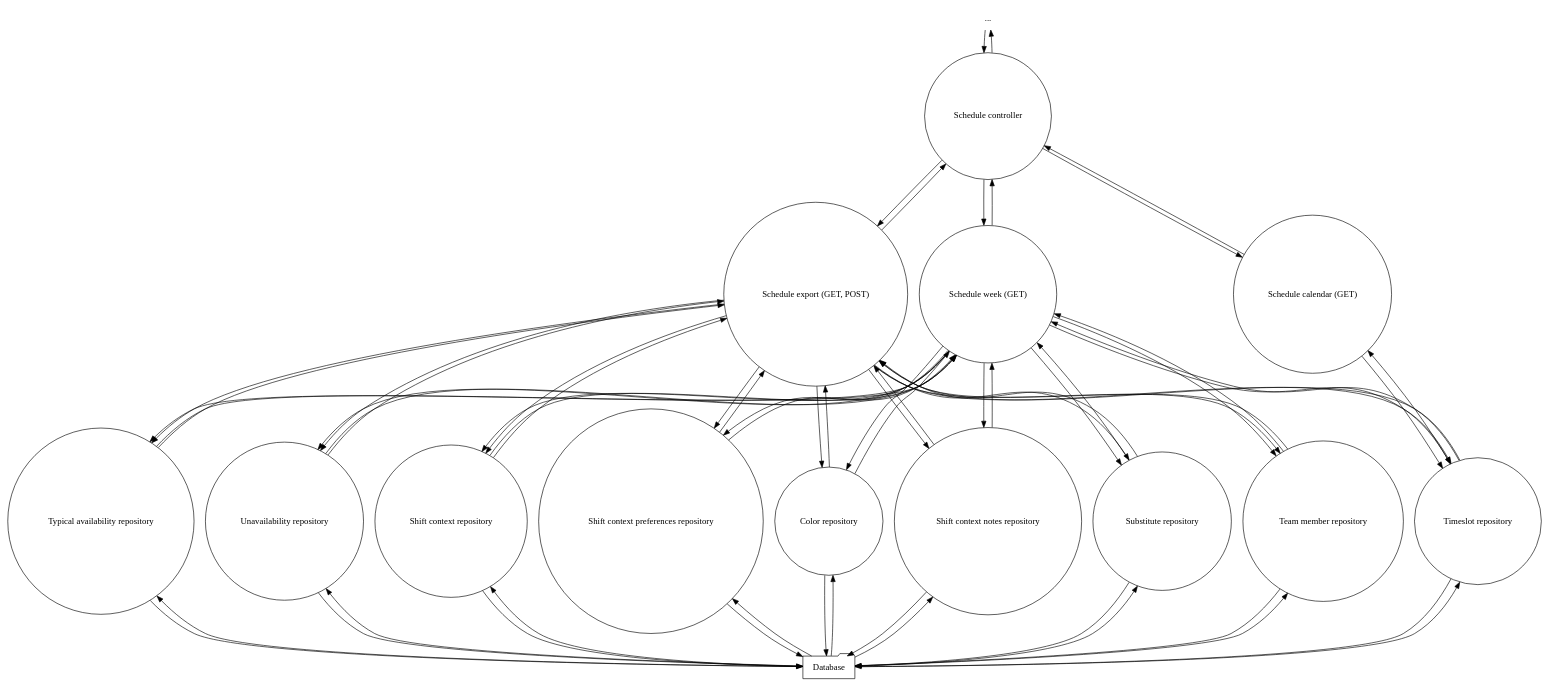
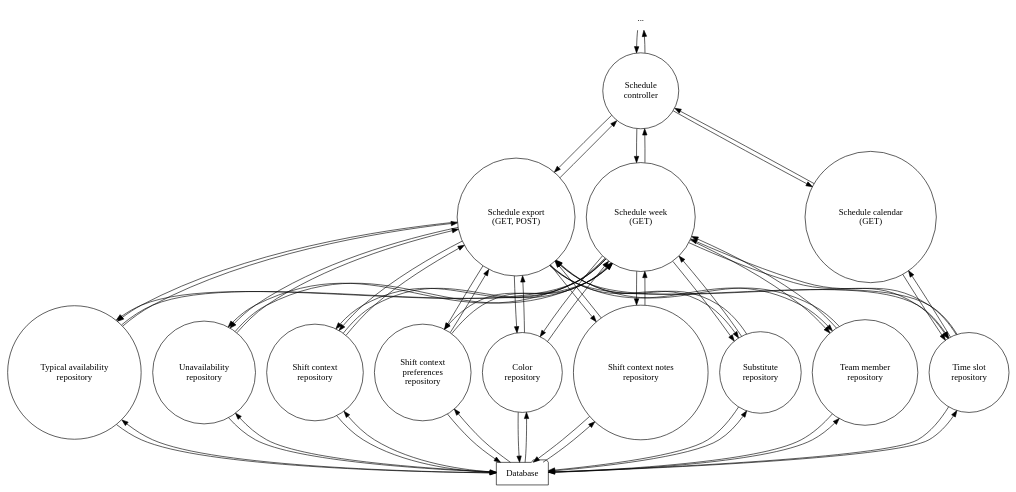
The diagram in design/data_flow_diagrams/level_3.10_schedule.dot (luke-hamann/stc-cis-248), drawn with Graphviz before and after one commit. The commit also changed 13 other files, not shown here.

```diff
--- a/design/data_flow_diagrams/level_3.10_schedule.dot
+++ b/design/data_flow_diagrams/level_3.10_schedule.dot
@@ -1,75 +1,75 @@
 digraph data_flow_diagram {
     node [ shape = circle ]
     
     "..." [ shape = none ]
     
-    "..." -> "Schedule controller" -> "..."
+    "..." -> "Schedule\ncontroller" -> "..."
 
     subgraph actions {
         rank = same
         
-        "Schedule calendar (GET)"
-        "Schedule week (GET)"
-        "Schedule export (GET, POST)"
+        "Schedule calendar\n(GET)"
+        "Schedule week\n(GET)"
+        "Schedule export\n(GET, POST)"
     }
     
-    "Schedule controller" -> {
-        "Schedule calendar (GET)"
-        "Schedule week (GET)"
-        "Schedule export (GET, POST)"
-    } -> "Schedule controller"
+    "Schedule\ncontroller" -> {
+        "Schedule calendar\n(GET)"
+        "Schedule week\n(GET)"
+        "Schedule export\n(GET, POST)"
+    } -> "Schedule\ncontroller"
     
     subgraph repositories {
         rank = same
         
-        "Team member repository"
-        "Typical availability repository"
-        "Unavailability repository"
-        "Shift context repository"
-        "Shift context preferences repository"
-        "Color repository"
-        "Shift context notes repository"
-        "Substitute repository"
-        "Timeslot repository"
+        "Team member\nrepository"
+        "Typical availability\nrepository"
+        "Unavailability\nrepository"
+        "Shift context\nrepository"
+        "Shift context\npreferences\nrepository"
+        "Color\nrepository"
+        "Shift context notes\nrepository"
+        "Substitute\nrepository"
+        "Time slot\nrepository"
     }
     
-    "Schedule calendar (GET)" -> {
-        "Timeslot repository"
-    } -> "Schedule calendar (GET)"
+    "Schedule calendar\n(GET)" -> {
+        "Time slot\nrepository"
+    } -> "Schedule calendar\n(GET)"
     
     {
-        "Schedule week (GET)"
-        "Schedule export (GET, POST)"
+        "Schedule week\n(GET)"
+        "Schedule export\n(GET, POST)"
     }
     ->
     {
-        "Team member repository"
-        "Typical availability repository"
-        "Unavailability repository"
-        "Shift context repository"
-        "Shift context preferences repository"
-        "Color repository"
-        "Shift context notes repository"
-        "Substitute repository"
-        "Timeslot repository"
+        "Team member\nrepository"
+        "Typical availability\nrepository"
+        "Unavailability\nrepository"
+        "Shift context\nrepository"
+        "Shift context\npreferences\nrepository"
+        "Color\nrepository"
+        "Shift context notes\nrepository"
+        "Substitute\nrepository"
+        "Time slot\nrepository"
     }
     ->
     {
-        "Schedule week (GET)"
-        "Schedule export (GET, POST)"
+        "Schedule week\n(GET)"
+        "Schedule export\n(GET, POST)"
     }
     
     Database [ shape = folder ]
     
     Database -> {
-        "Team member repository"
-        "Typical availability repository"
-        "Unavailability repository"
-        "Shift context repository"
-        "Shift context preferences repository"
-        "Color repository"
-        "Shift context notes repository"
-        "Substitute repository"
-        "Timeslot repository"
+        "Team member\nrepository"
+        "Typical availability\nrepository"
+        "Unavailability\nrepository"
+        "Shift context\nrepository"
+        "Shift context\npreferences\nrepository"
+        "Color\nrepository"
+        "Shift context notes\nrepository"
+        "Substitute\nrepository"
+        "Time slot\nrepository"
     } -> Database
 }
```
